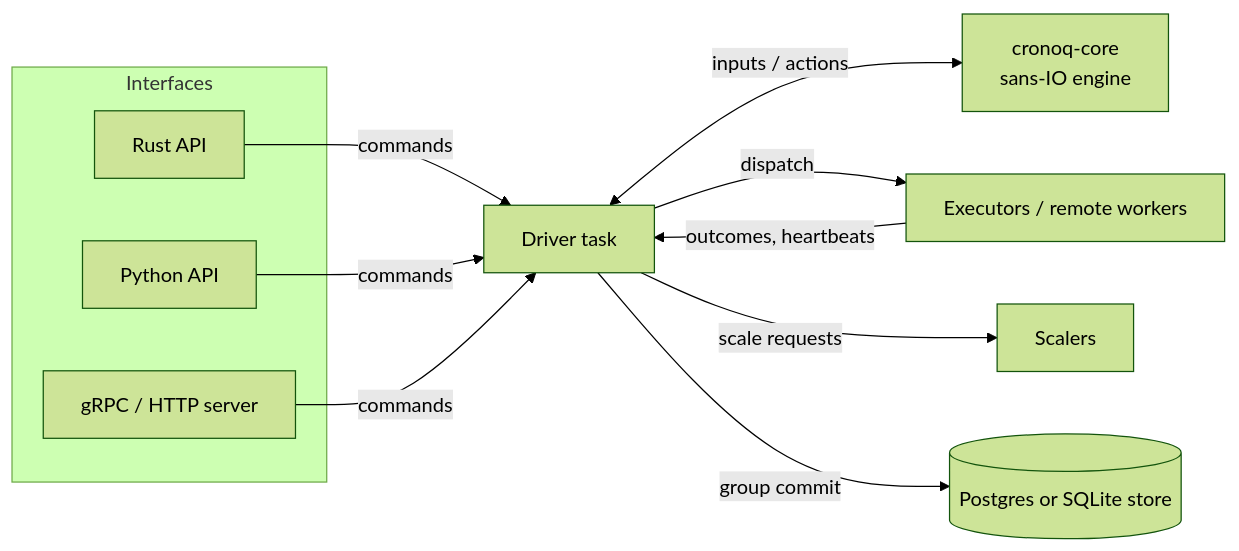
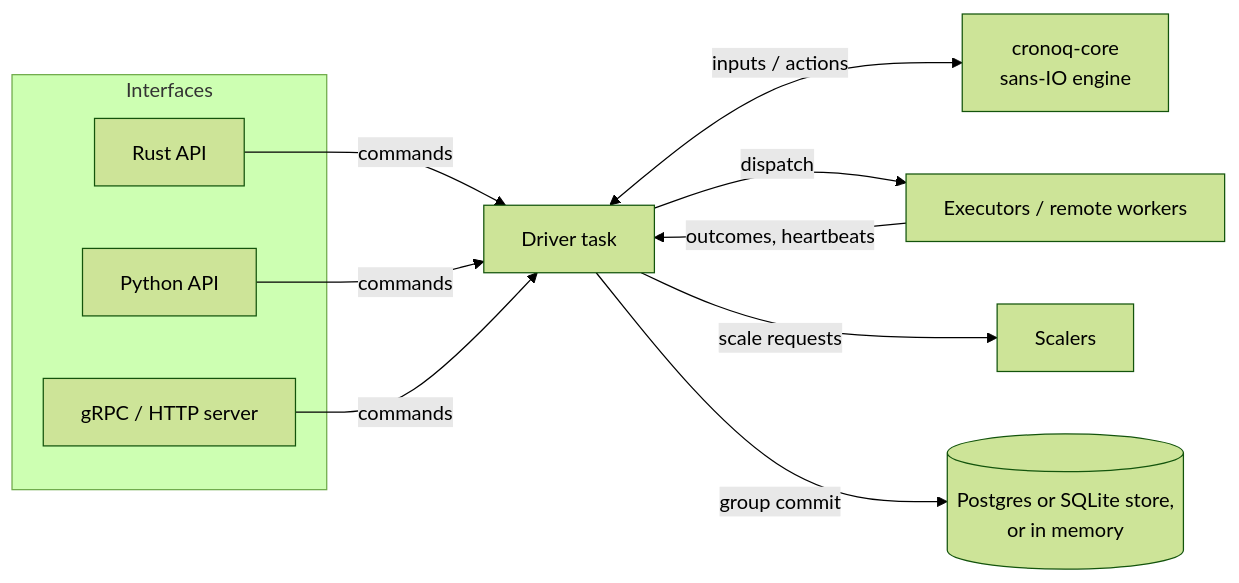
The diagram in README.md (synaptiai/cronoq), drawn with Mermaid (forest theme) before and after one commit. The commit also changed other lines of this file and 5 other files, not shown here.

````diff
--- a/README.md
+++ b/README.md
@@ -218,14 +225,14 @@
 ```mermaid
 flowchart LR
     subgraph surfaces[Interfaces]
         R[Rust API]
         P[Python API]
         G[gRPC / HTTP server]
     end
     R & P & G -->|commands| D[Driver task]
     D <-->|inputs / actions| C[cronoq-core<br/>sans-IO engine]
     D -->|dispatch| E[Executors / remote workers]
     E -->|outcomes, heartbeats| D
     D -->|scale requests| S[Scalers]
-    D -->|group commit| DB[(Postgres or SQLite store)]
+    D -->|group commit| DB[(Postgres or SQLite store,<br/>or in memory)]
 ```
````
